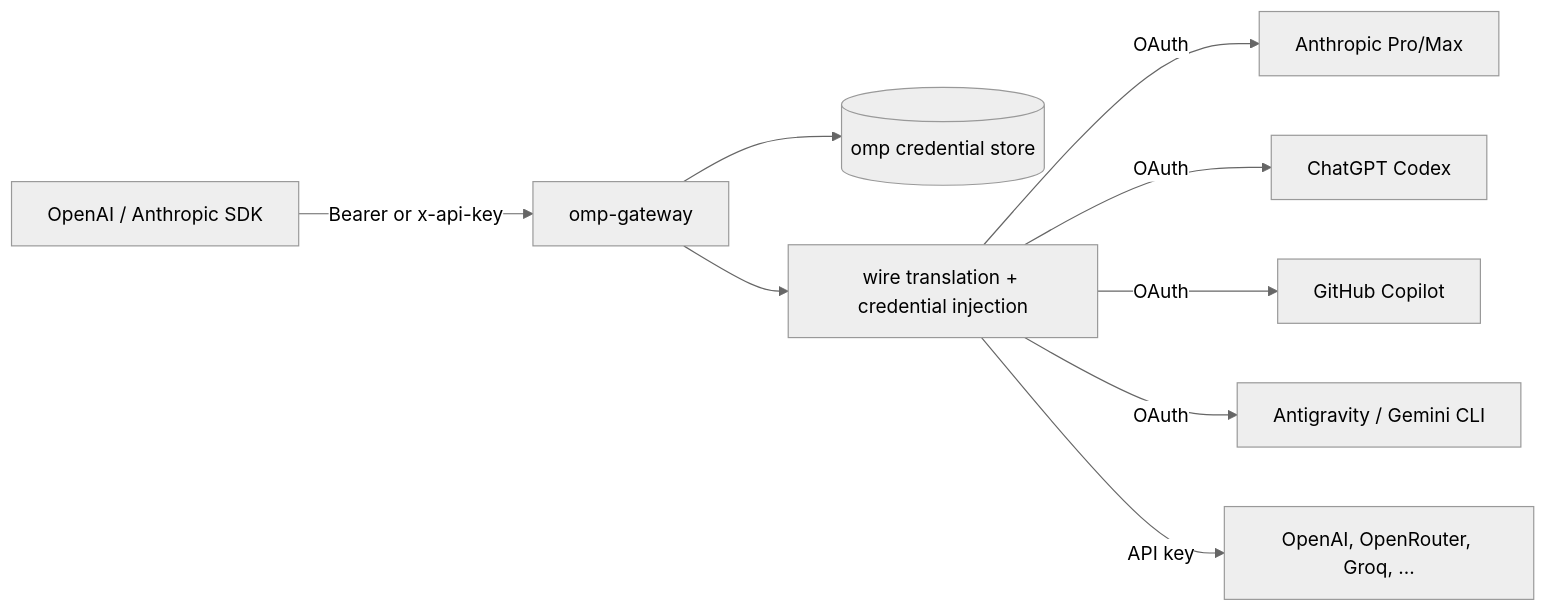
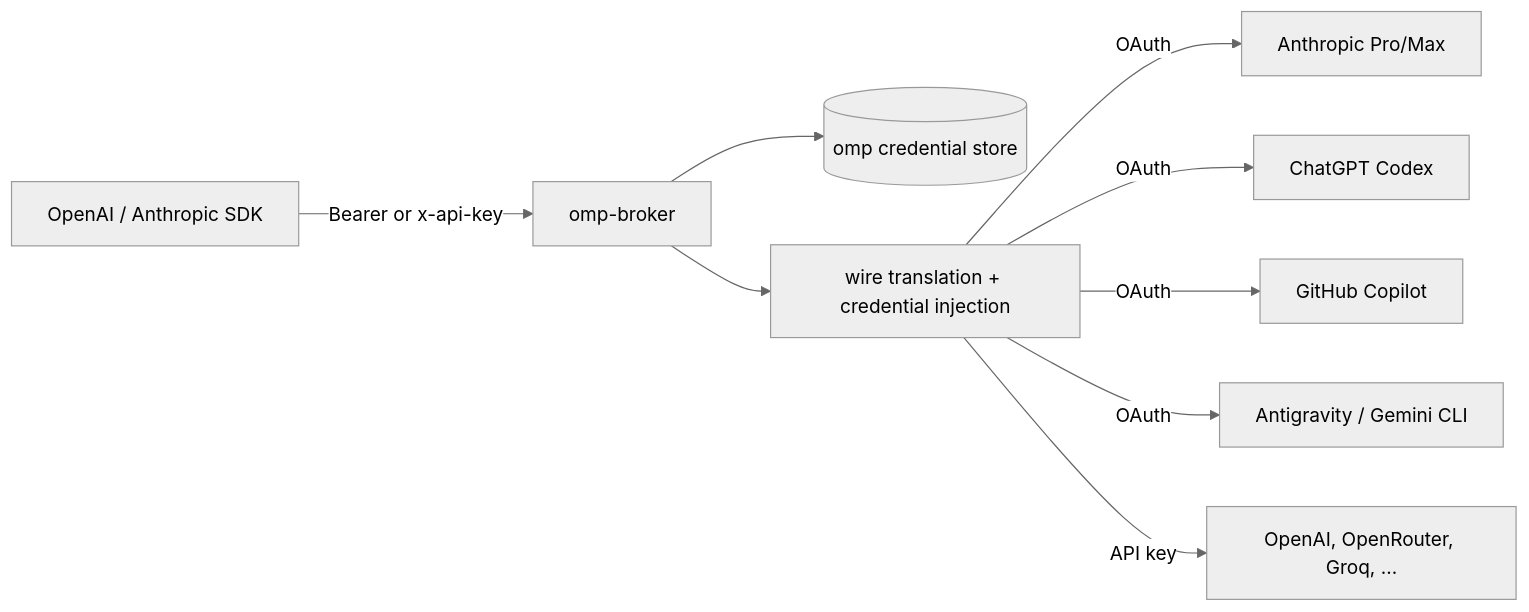
Before and after one commit to tmih06/omp-broker: the diagram in README.md, drawn with Mermaid (neutral theme). The commit also changed other lines of this file and 13 other files, not shown here.

Commit message:
Rename to omp-broker, add AOT trim build and Docker deployment

````diff
--- a/README.md
+++ b/README.md
@@ -5,11 +5,11 @@
 ```mermaid
 flowchart LR
-  C[OpenAI / Anthropic SDK] -->|Bearer or x-api-key| G[omp-gateway]
+  C[OpenAI / Anthropic SDK] -->|Bearer or x-api-key| G[omp-broker]
   G --> S[(omp credential store)]
   G --> T[wire translation + credential injection]
   T -->|OAuth| A[Anthropic Pro/Max]
   T -->|OAuth| O[ChatGPT Codex]
   T -->|OAuth| GH[GitHub Copilot]
   T -->|OAuth| GA[Antigravity / Gemini CLI]
   T -->|API key| K[OpenAI, OpenRouter, Groq, …]
 ```
````
